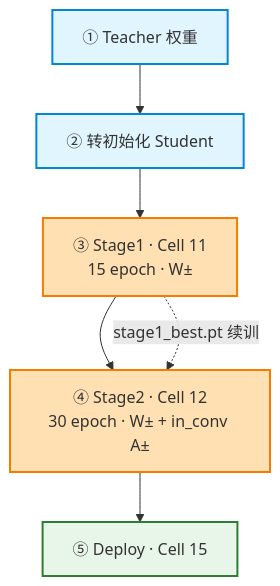
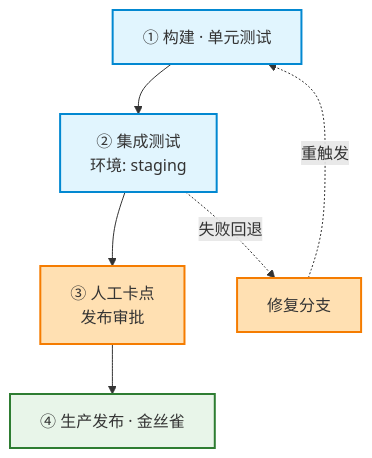
Before and after one commit to QJH-0/.ai-shared: the fourth of 5 diagrams in skills/mermaid-master/SKILL.md, drawn with Mermaid. The commit also changed other lines of this file and 8 other files, not shown here.

````diff
--- a/skills/mermaid-master/SKILL.md
+++ b/skills/mermaid-master/SKILL.md
@@ -137,15 +130,12 @@
 ```mermaid
 flowchart TD
-    classDef fp fill:#e1f5fe,stroke:#0288d1,stroke-width:2px
-    classDef bin fill:#ffe0b2,stroke:#f57c00,stroke-width:2px
-    classDef dep fill:#e8f5e9,stroke:#2e7d32,stroke-width:2px
+    classDef phase fill:#e1f5fe,stroke:#0288d1,stroke-width:2px
+    classDef gate fill:#ffe0b2,stroke:#f57c00,stroke-width:2px
+    classDef done fill:#e8f5e9,stroke:#2e7d32,stroke-width:2px
 
-    t["① Teacher 权重"]:::fp
-    init["② 转初始化 Student"]:::fp
-    s1["③ Stage1 · Cell 11<br/>15 epoch · W±"]:::bin
-    s2["④ Stage2 · Cell 12<br/>30 epoch · W± + in_conv A±"]:::bin
-    d["⑤ Deploy · Cell 15"]:::dep
-
-    t --> init --> s1 --> s2 --> d
-    s1 -.->|"stage1_best.pt 续训"| s2
+    b["① 构建 · 单元测试"]:::phase --> t["② 集成测试<br/>环境: staging"]:::phase
+    t --> c["③ 人工卡点<br/>发布审批"]:::gate
+    c --> d["④ 生产发布 · 金丝雀"]:::done
+    t -.->|"失败回退"| fix["修复分支"]:::gate
+    fix -.->|"重触发"| b
 ```
````
